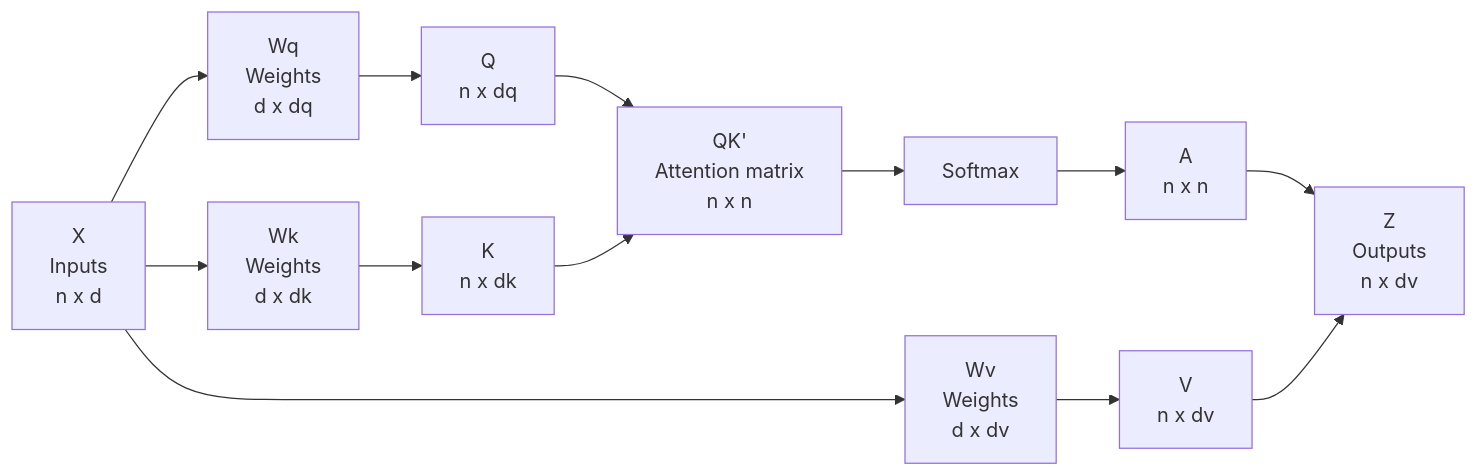
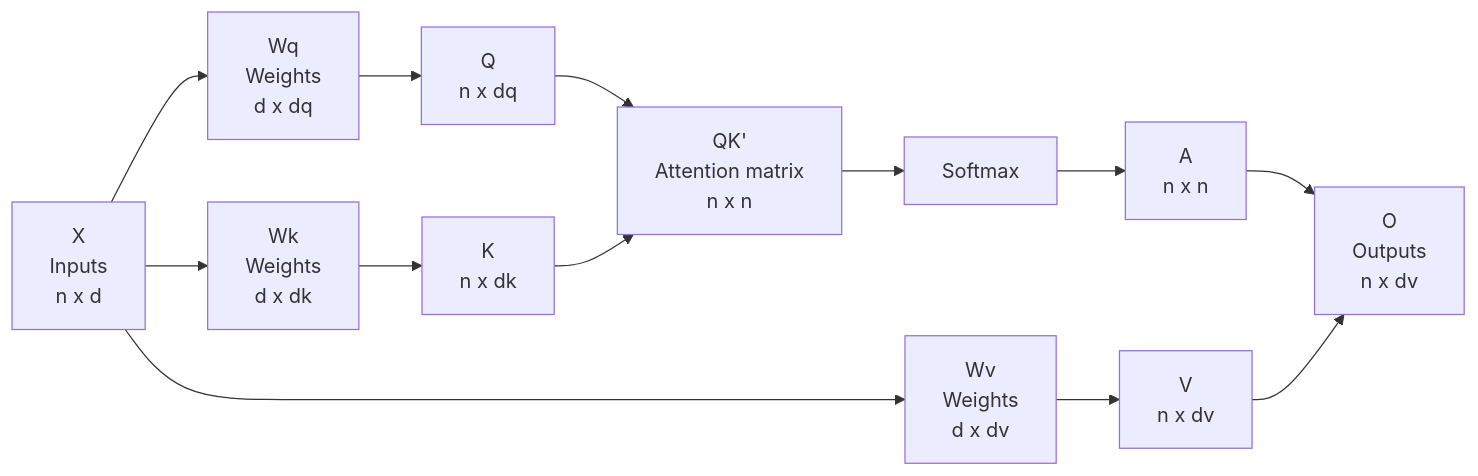
The first of 2 diagrams in README.md (SanimKumarKhatri/scaled-dot-product-attention), drawn with Mermaid before and after one commit. The commit also changed other lines of this file, not shown here.

````diff
--- a/README.md
+++ b/README.md
@@ -9,18 +9,18 @@
 ```mermaid
 graph LR
     X["X<br/>Inputs<br/>n x d"] --> Wq["Wq<br/>Weights<br/>d x dq"]
     X --> Wk["Wk<br/>Weights<br/>d x dk"]
     X --> Wv["Wv<br/>Weights<br/>d x dv"]
 
     Wq --> Q["Q<br/>n x dq"]
     Wk --> K["K<br/>n x dk"]
     Wv --> V["V<br/>n x dv"]
 
     Q --> QK["QK'<br/>Attention matrix<br/>n x n"]
     K --> QK
     QK --> Softmax["Softmax"]
     Softmax --> A["A<br/>n x n"]
 
-    A --> Z["Z<br/>Outputs<br/>n x dv"]
-    V --> Z
+    A --> O["O<br/>Outputs<br/>n x dv"]
+    V --> O
 ```
````
